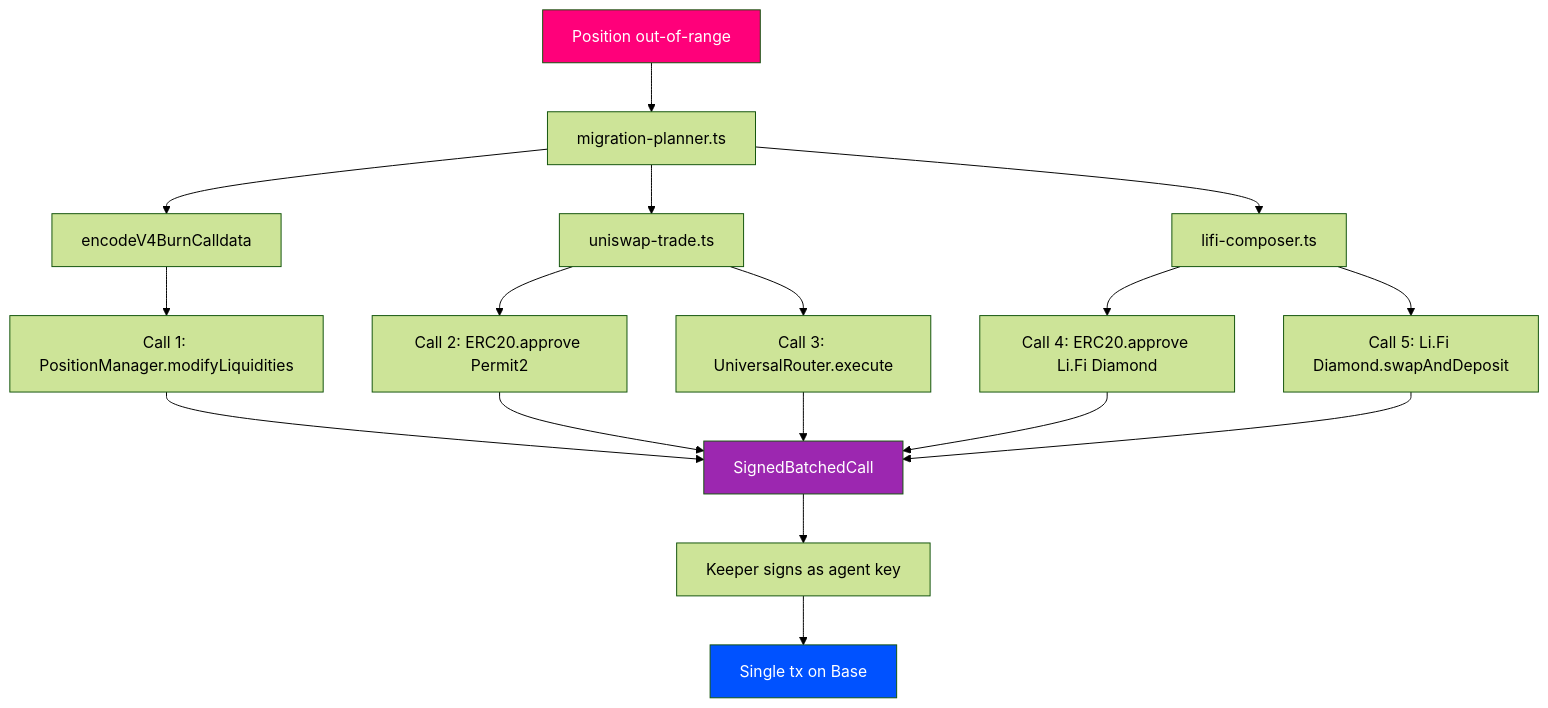
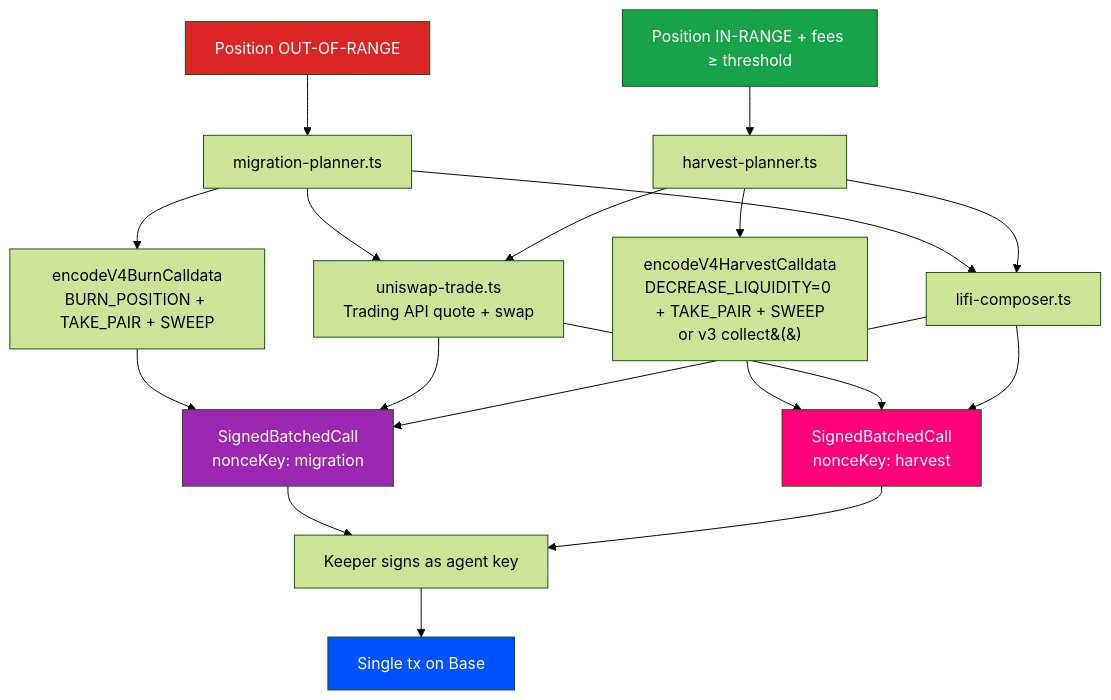
One commit to 0xpochita/moai changed the second of 2 diagrams in README.md. Above: the diagram before and after it, drawn with Mermaid (forest theme). The commit also changed other lines of this file, not shown here.

Commit message:
docs: README update for dual-mode (migrate + harvest) feature

````diff
--- a/README.md
+++ b/README.md
@@ -162,23 +220,31 @@
 ```mermaid
 graph TD
-    POS[Position out-of-range] --> PLAN[migration-planner.ts]
-    PLAN --> BURN[encodeV4BurnCalldata]
-    PLAN --> SWAP[uniswap-trade.ts]
-    PLAN --> DEPOSIT[lifi-composer.ts]
-    BURN --> CALL1[Call 1: PositionManager.modifyLiquidities]
-    SWAP --> CALL2[Call 2: ERC20.approve Permit2]
-    SWAP --> CALL3[Call 3: UniversalRouter.execute]
-    DEPOSIT --> CALL4[Call 4: ERC20.approve Li.Fi Diamond]
-    DEPOSIT --> CALL5[Call 5: Li.Fi Diamond.swapAndDeposit]
-    CALL1 --> BATCH[SignedBatchedCall]
-    CALL2 --> BATCH
-    CALL3 --> BATCH
-    CALL4 --> BATCH
-    CALL5 --> BATCH
+    OOR[Position OUT-OF-RANGE] --> MPLAN[migration-planner.ts]
+    INR[Position IN-RANGE + fees ≥ threshold] --> HPLAN[harvest-planner.ts]
+
+    MPLAN --> BURN[encodeV4BurnCalldata<br/>BURN_POSITION + TAKE_PAIR + SWEEP]
+    HPLAN --> HARVEST[encodeV4HarvestCalldata<br/>DECREASE_LIQUIDITY=0 + TAKE_PAIR + SWEEP<br/>or v3 collect&#40;&#41;]
+
+    MPLAN --> SWAP[uniswap-trade.ts<br/>Trading API quote + swap]
+    HPLAN --> SWAP
+
+    MPLAN --> DEP[lifi-composer.ts]
+    HPLAN --> DEP
+
+    BURN --> BATCH[SignedBatchedCall<br/>nonceKey: migration]
+    HARVEST --> BATCH2[SignedBatchedCall<br/>nonceKey: harvest]
+    SWAP --> BATCH
+    SWAP --> BATCH2
+    DEP --> BATCH
+    DEP --> BATCH2
+
     BATCH --> RELAY[Keeper signs as agent key]
+    BATCH2 --> RELAY
     RELAY --> ONCHAIN[Single tx on Base]
 
-    style POS fill:#FF007A,color:#fff
+    style OOR fill:#dc2626,color:#fff
+    style INR fill:#16a34a,color:#fff
     style ONCHAIN fill:#0052FF,color:#fff
     style BATCH fill:#9C27B0,color:#fff
+    style BATCH2 fill:#FF007A,color:#fff
 ```
````
